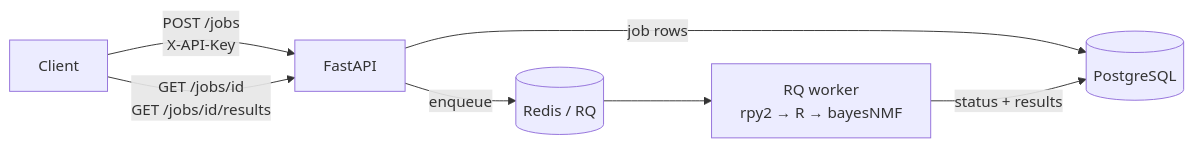
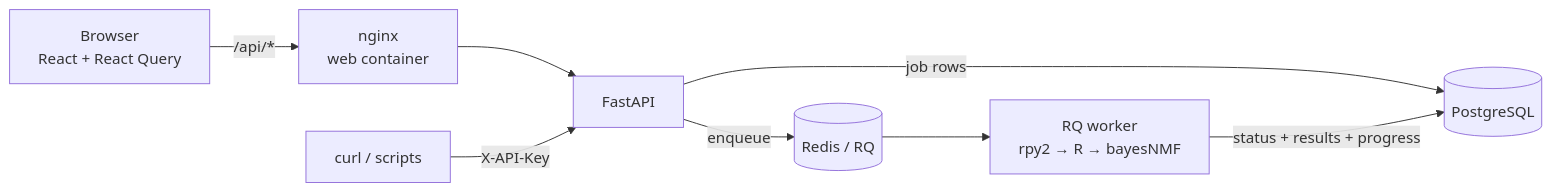
One commit to nishanthbasava/sigserve changed the diagram in README.md. Above: the diagram before and after it, drawn with Mermaid. The commit also changed other lines of this file and 1 other file, not shown here.

````diff
--- a/README.md
+++ b/README.md
@@ -17,9 +36,10 @@
 ```mermaid
 flowchart LR
-    C[Client] -->|POST /jobs\nX-API-Key| A[FastAPI]
+    B[Browser\nReact + React Query] -->|/api/*| N[nginx\nweb container]
+    N --> A[FastAPI]
+    C[curl / scripts] -->|X-API-Key| A
     A -->|enqueue| R[(Redis / RQ)]
     A -->|job rows| P[(PostgreSQL)]
     R --> W[RQ worker\nrpy2 → R → bayesNMF]
-    W -->|status + results| P
-    C -->|GET /jobs/id\nGET /jobs/id/results| A
+    W -->|status + results + progress| P
 ```
````
